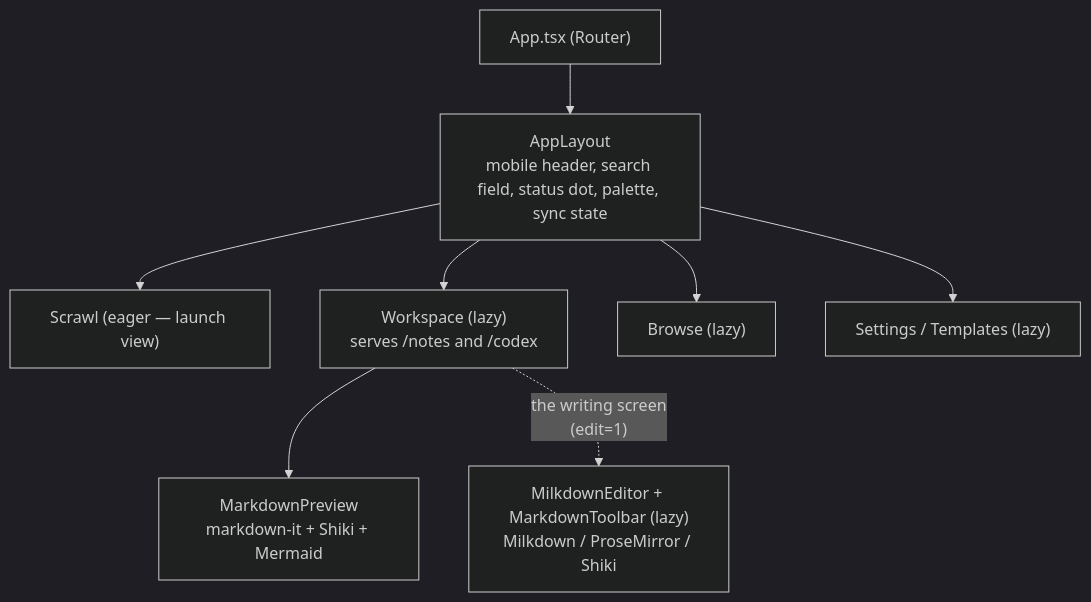
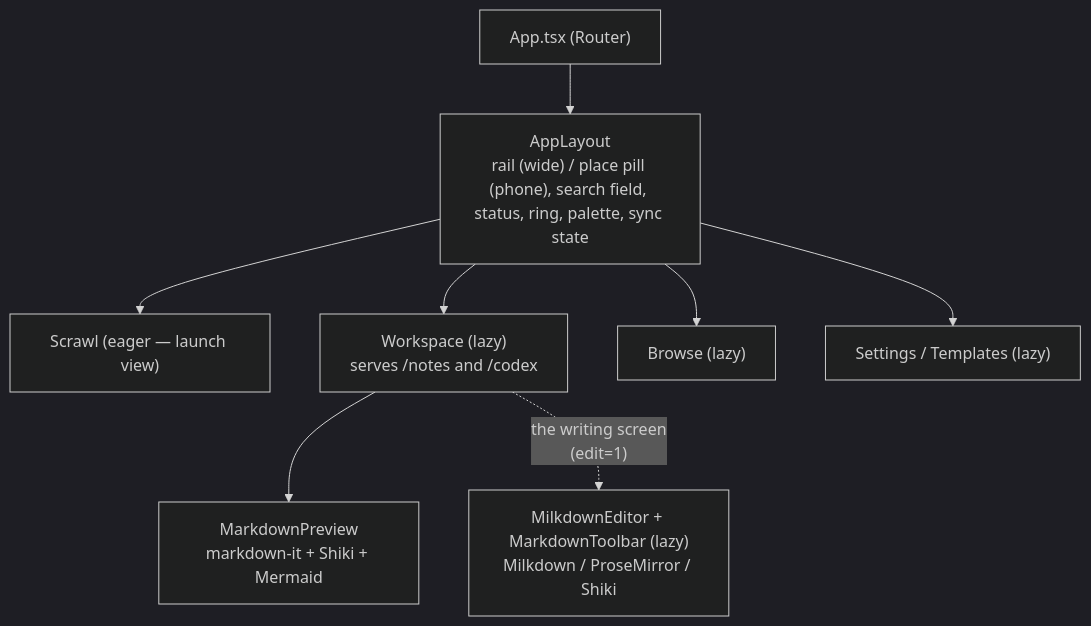
The second of 3 diagrams in docs/introduction.md (Xantibody/magical-merchant), drawn with Mermaid (dark theme) before and after one commit. The commit also changed 17 other files, not shown here.

````diff
--- a/docs/introduction.md
+++ b/docs/introduction.md
@@ -98,19 +98,19 @@
 ```mermaid
 flowchart TD
     App["App.tsx (Router)"]
-    Layout["AppLayout<br/>mobile header, search field, status dot, palette, sync state"]
+    Layout["AppLayout<br/>rail (wide) / place pill (phone), search field, status, ring, palette, sync state"]
     Scrawl["Scrawl (eager — launch view)"]
     Workspace["Workspace (lazy)<br/>serves /notes and /codex"]
     Browse["Browse (lazy)"]
     Settings["Settings / Templates (lazy)"]
     Editor["MilkdownEditor + MarkdownToolbar (lazy)<br/>Milkdown / ProseMirror / Shiki"]
     Preview["MarkdownPreview<br/>markdown-it + Shiki + Mermaid"]
 
     App --> Layout
     Layout --> Scrawl
     Layout --> Workspace
     Layout --> Browse
     Layout --> Settings
     Workspace --> Preview
     Workspace -. "the writing screen<br/>(edit=1)" .-> Editor
 ```
````
